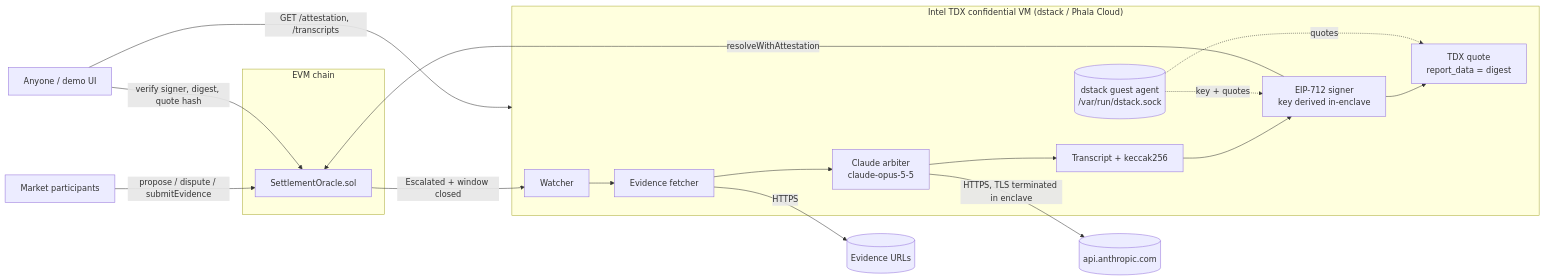
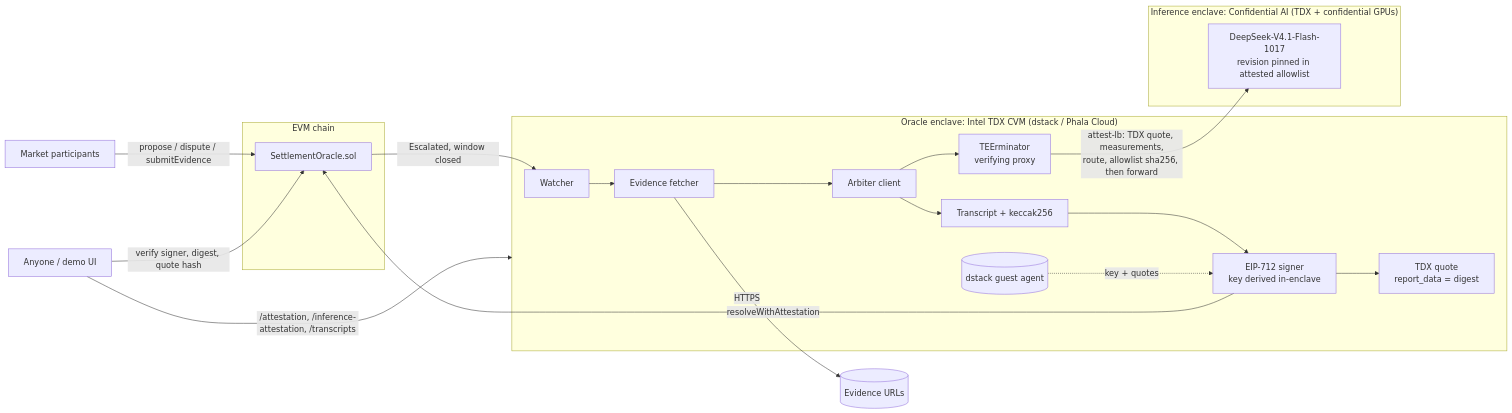
One commit to alecwaj/AI-Settlement-Oracle changed the diagram in README.md. Above: the diagram before and after it, drawn with Mermaid. The commit also changed other lines of this file and 20 other files, not shown here.

First line of the commit message:
Verifiable inference via Confidential AI enclaves (DeepSeek V4.1 Flash)

````diff
--- a/README.md
+++ b/README.md
@@ -51,24 +72,28 @@
 ```mermaid
 flowchart LR
   subgraph Chain["EVM chain"]
     C[SettlementOracle.sol]
   end
 
-  subgraph CVM["Intel TDX confidential VM (dstack / Phala Cloud)"]
+  subgraph CVM["Oracle enclave: Intel TDX CVM (dstack / Phala Cloud)"]
     W[Watcher] --> F[Evidence fetcher]
-    F --> R[Claude arbiter<br/>claude-opus-5-5]
+    F --> R[Arbiter client]
+    R --> TE[TEErminator<br/>verifying proxy]
     R --> T[Transcript + keccak256]
     T --> S[EIP-712 signer<br/>key derived in-enclave]
     S --> Q[TDX quote<br/>report_data = digest]
-    G[(dstack guest agent<br/>/var/run/dstack.sock)] -. key + quotes .-> S
-    G -. quotes .-> Q
+    G[(dstack guest agent)] -. key + quotes .-> S
+  end
+
+  subgraph CAI["Inference enclave: Confidential AI (TDX + confidential GPUs)"]
+    M[DeepSeek-V4.1-Flash-1017<br/>revision pinned in attested allowlist]
   end
 
   U[Market participants] -->|propose / dispute / submitEvidence| C
-  C -->|Escalated + window closed| W
+  C -->|Escalated, window closed| W
   F -->|HTTPS| E[(Evidence URLs)]
-  R -->|HTTPS, TLS terminated in enclave| A[(api.anthropic.com)]
+  TE -->|attest-lb: TDX quote, measurements,<br/>route, allowlist sha256, then forward| M
   S -->|resolveWithAttestation| C
-  V[Anyone / demo UI] -->|GET /attestation, /transcripts| CVM
+  V[Anyone / demo UI] -->|/attestation, /inference-attestation, /transcripts| CVM
   V -->|verify signer, digest, quote hash| C
 ```
````
